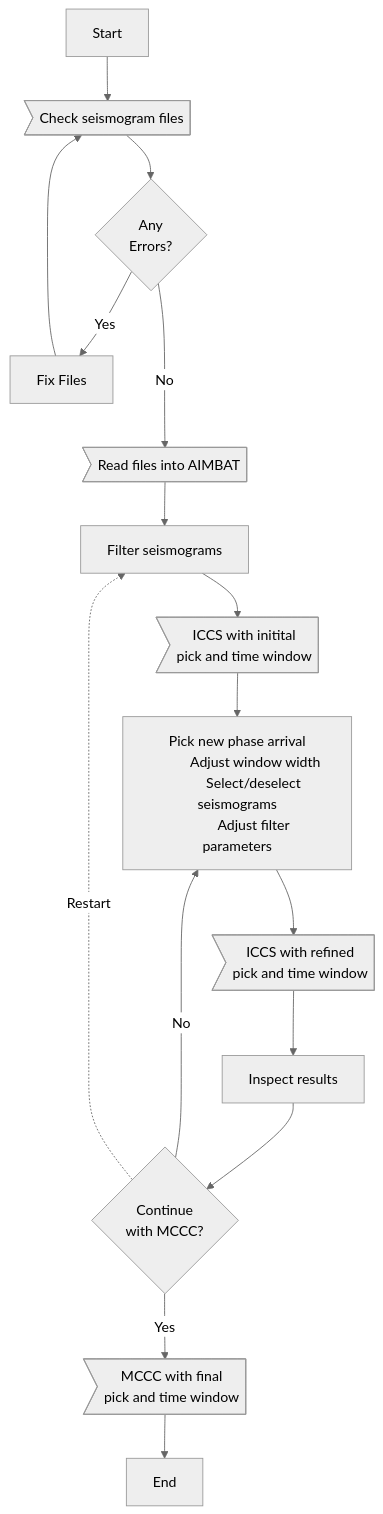
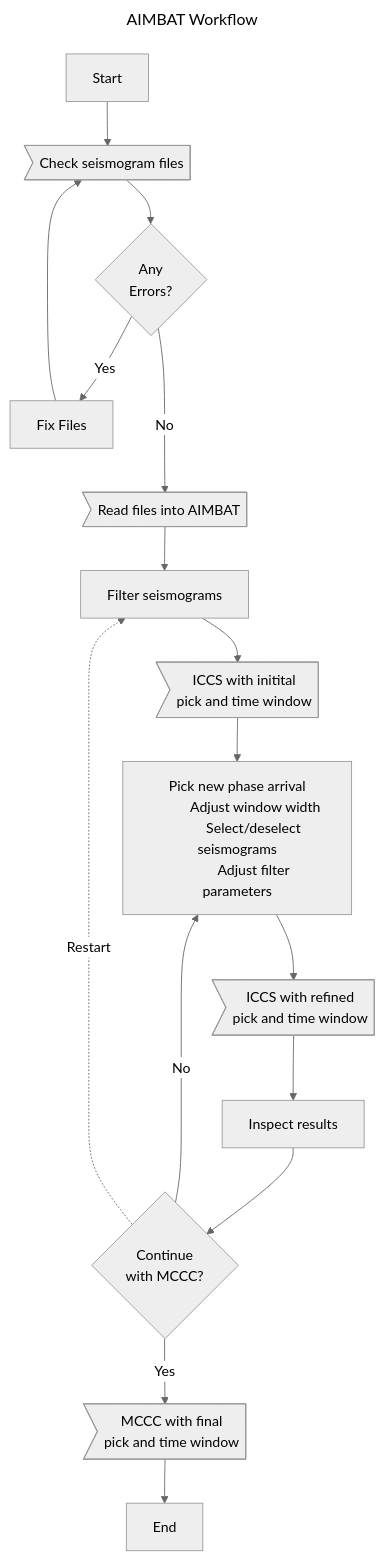
One commit to pysmo/aimbat changed the diagram in docs/user-guide/workflow.md. Above: the diagram before and after it, drawn with Mermaid (neutral theme). The commit also changed 19 other files, not shown here.

````diff
--- a/docs/user-guide/workflow.md
+++ b/docs/user-guide/workflow.md
@@ -3,26 +3,29 @@
 ``` mermaid
+---
+title: AIMBAT Workflow
+---
 graph TD
   A[Start] --> B>Check seismogram files];
   B --> C{"Any
           Errors?"};
   C -->|Yes| D[Fix Files];
   D --> B;
   C --->|No| E>Read files into AIMBAT];
   E --> G[Filter seismograms];
   G --> H>"ICCS with initital
           pick and time window"];
   H --> I["Pick new phase arrival
           Adjust window width
           Select/deselect seismograms
           Adjust filter parameters"];
   I --> K>"ICCS with refined
           pick and time window"];
   K --> J["Inspect results"]
   J --> L{"Continue
            with MCCC?"};
   L -->|No| I;
   L -->|Yes| M;
   L -.->|Restart| G;
   M>"MCCC with final
 pick and time window"] --> N[End];
 ```
````
